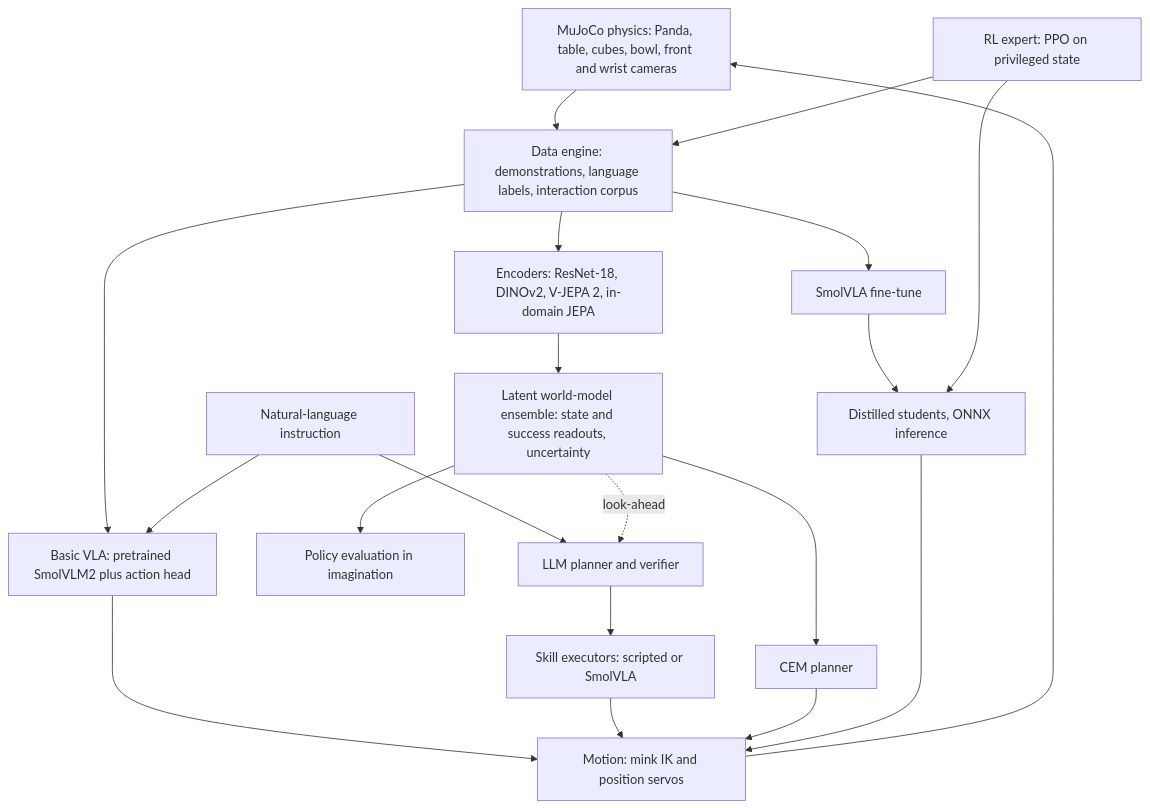
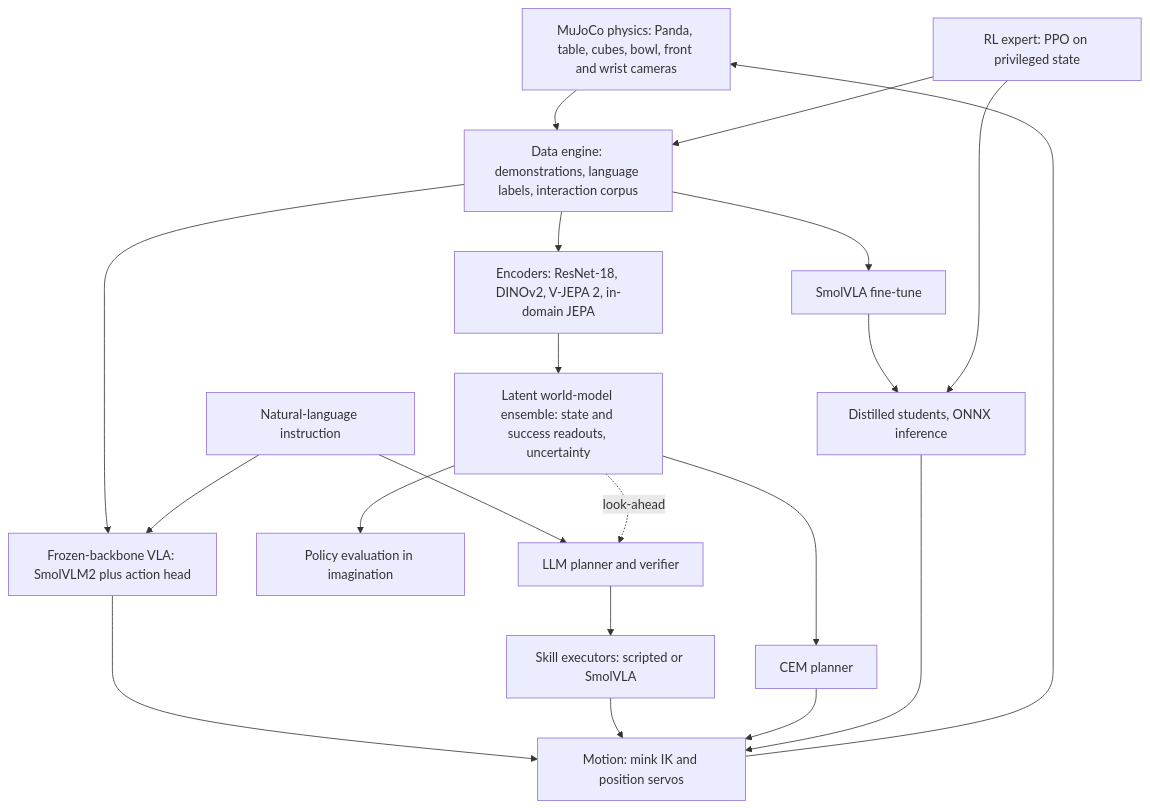
One commit to vabdollahi/blindspot changed the diagram in docs/roadmap.md. Above: the diagram before and after it, drawn with Mermaid. The commit also changed other lines of this file and 26 other files, not shown here.

Commit message:
Add frozen-backbone SmolVLM2 VLA baseline for T3-L

````diff
--- a/docs/roadmap.md
+++ b/docs/roadmap.md
@@ -63,22 +63,22 @@
 ```mermaid
 flowchart TB
     PH[MuJoCo physics: Panda, table, cubes, bowl, front and wrist cameras] --> DE[Data engine: demonstrations, language labels, interaction corpus]
     RL[RL expert: PPO on privileged state] --> DE
-    DE --> BASICVLA[Basic VLA: pretrained SmolVLM2 plus action head]
+    DE --> BASICVLA[Frozen-backbone VLA: SmolVLM2 plus action head]
     DE --> VLA[SmolVLA fine-tune]
     U[Natural-language instruction] --> BASICVLA
     BASICVLA --> CT
     DE --> ENC[Encoders: ResNet-18, DINOv2, V-JEPA 2, in-domain JEPA]
     ENC --> WM[Latent world-model ensemble: state and success readouts, uncertainty]
     WM --> PLN[CEM planner]
     WM --> PE[Policy evaluation in imagination]
     VLA --> ST[Distilled students, ONNX inference]
     RL --> ST
     U --> AG[LLM planner and verifier]
     AG --> EX[Skill executors: scripted or SmolVLA]
     WM -. look-ahead .-> AG
     EX --> CT[Motion: mink IK and position servos]
     PLN --> CT
     ST --> CT
     CT --> PH
 ```
````
